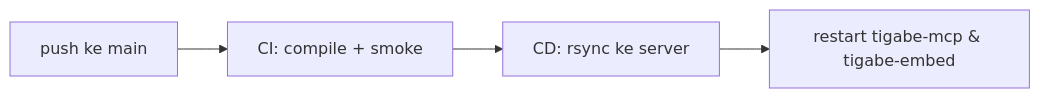
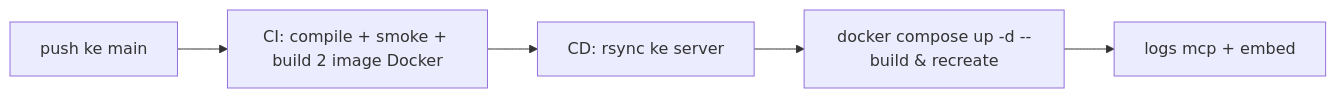
Before and after one commit to gitnugs/TigaBeMCP: the diagram in deploy/README.md, drawn with Mermaid. The commit also changed other lines of this file and 1 other file, not shown here.

Commit message:
ci: CD beralih ke docker compose build+up otomatis; CI build kedua image

````diff
--- a/deploy/README.md
+++ b/deploy/README.md
@@ -41,6 +41,7 @@
 ```mermaid
 flowchart LR
-    P[push ke main] --> CI[CI: compile + smoke]
+    P[push ke main] --> CI[CI: compile + smoke + build 2 image Docker]
     CI --> CD[CD: rsync ke server]
-    CD --> R[restart tigabe-mcp & tigabe-embed]
+    CD --> R[docker compose up -d --build & recreate]
+    R --> L[logs mcp + embed]
 ```
````
